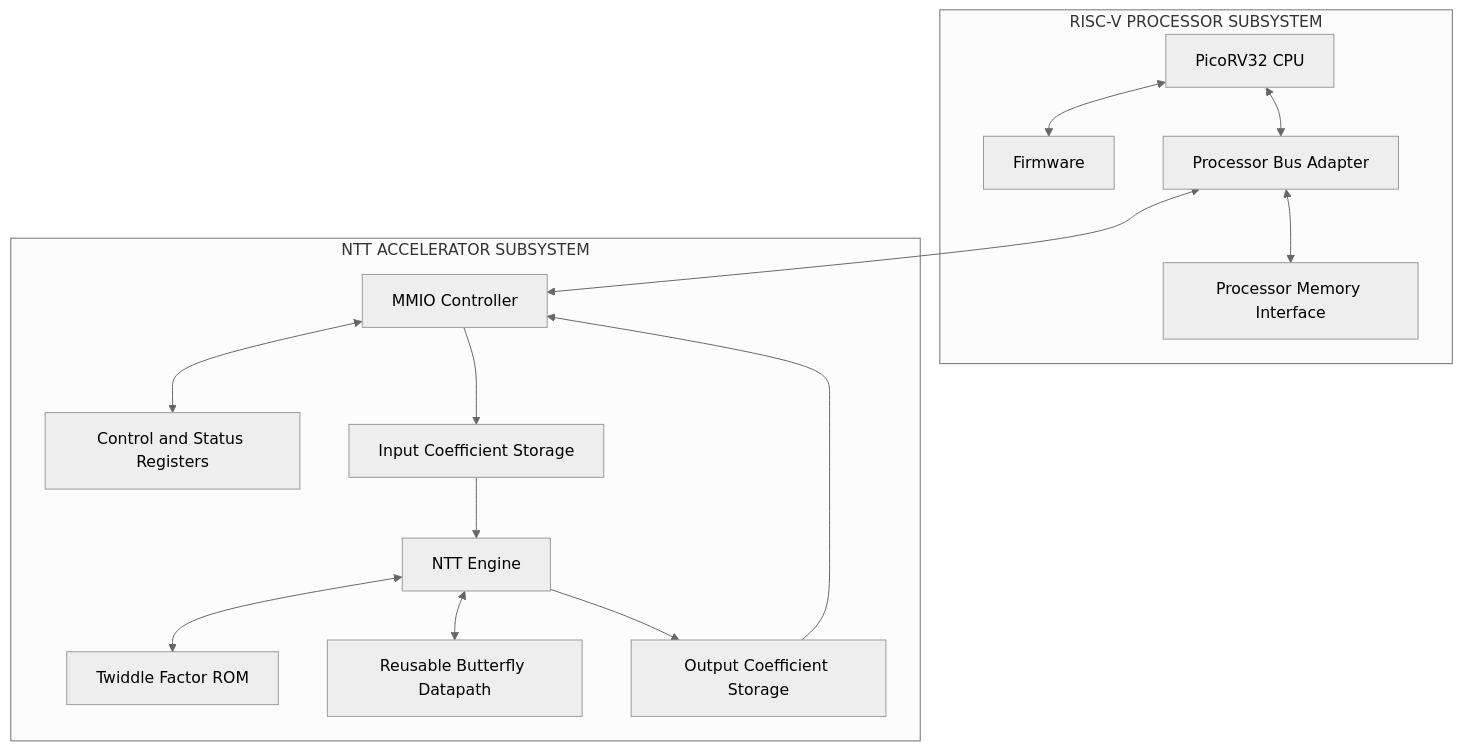
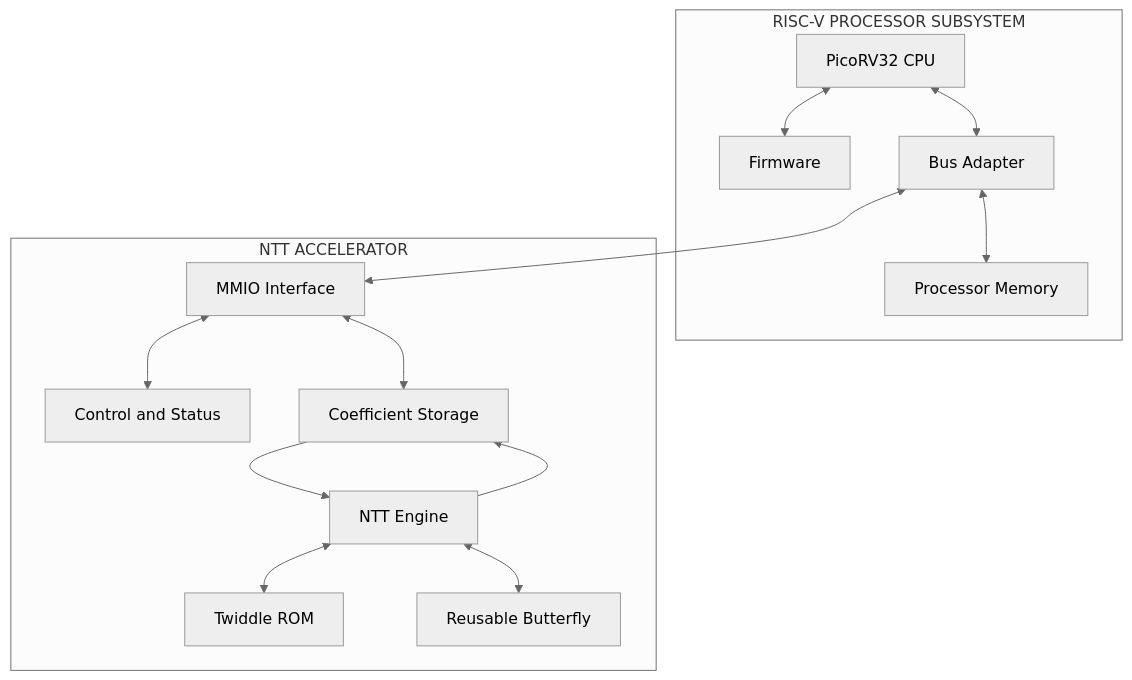
Before and after one commit to Harshima-Joshi15/riscv-ntt-accelerator: the first of 5 diagrams in README.md, drawn with Mermaid (neutral theme). The commit also changed other lines of this file, not shown here.

````diff
--- a/README.md
+++ b/README.md
@@ -55,33 +58,29 @@
 ```mermaid
 flowchart TB
-    subgraph PROCESSOR["RISC-V PROCESSOR SUBSYSTEM"]
-        CPU["PicoRV32 CPU"]
-        FW["Firmware"]
-        BUS["Processor Bus Adapter"]
-        MEM["Processor Memory Interface"]
-
-        CPU <--> FW
-        CPU <--> BUS
-        BUS <--> MEM
+    subgraph CPU["RISC-V PROCESSOR SUBSYSTEM"]
+        P["PicoRV32 CPU"]
+        F["Firmware"]
+        B["Bus Adapter"]
+        M["Processor Memory"]
+        P <--> F
+        P <--> B
+        B <--> M
     end
 
-    subgraph ACCELERATOR["NTT ACCELERATOR SUBSYSTEM"]
-        MMIO["MMIO Controller"]
-        CTRL["Control and Status Registers"]
-        INPUT["Input Coefficient Storage"]
-        ENGINE["NTT Engine"]
-        TWIDDLE["Twiddle Factor ROM"]
-        BUTTERFLY["Reusable Butterfly Datapath"]
-        OUTPUT["Output Coefficient Storage"]
-
-        MMIO <--> CTRL
-        MMIO --> INPUT
-        INPUT --> ENGINE
-        ENGINE <--> TWIDDLE
-        ENGINE <--> BUTTERFLY
-        ENGINE --> OUTPUT
-        OUTPUT --> MMIO
+    subgraph ACC["NTT ACCELERATOR"]
+        I["MMIO Interface"]
+        C["Control and Status"]
+        S["Coefficient Storage"]
+        E["NTT Engine"]
+        T["Twiddle ROM"]
+        D["Reusable Butterfly"]
+        I <--> C
+        I <--> S
+        S --> E
+        E <--> T
+        E <--> D
+        E --> S
     end
 
-    BUS <--> MMIO
+    B <--> I
 ```
````
